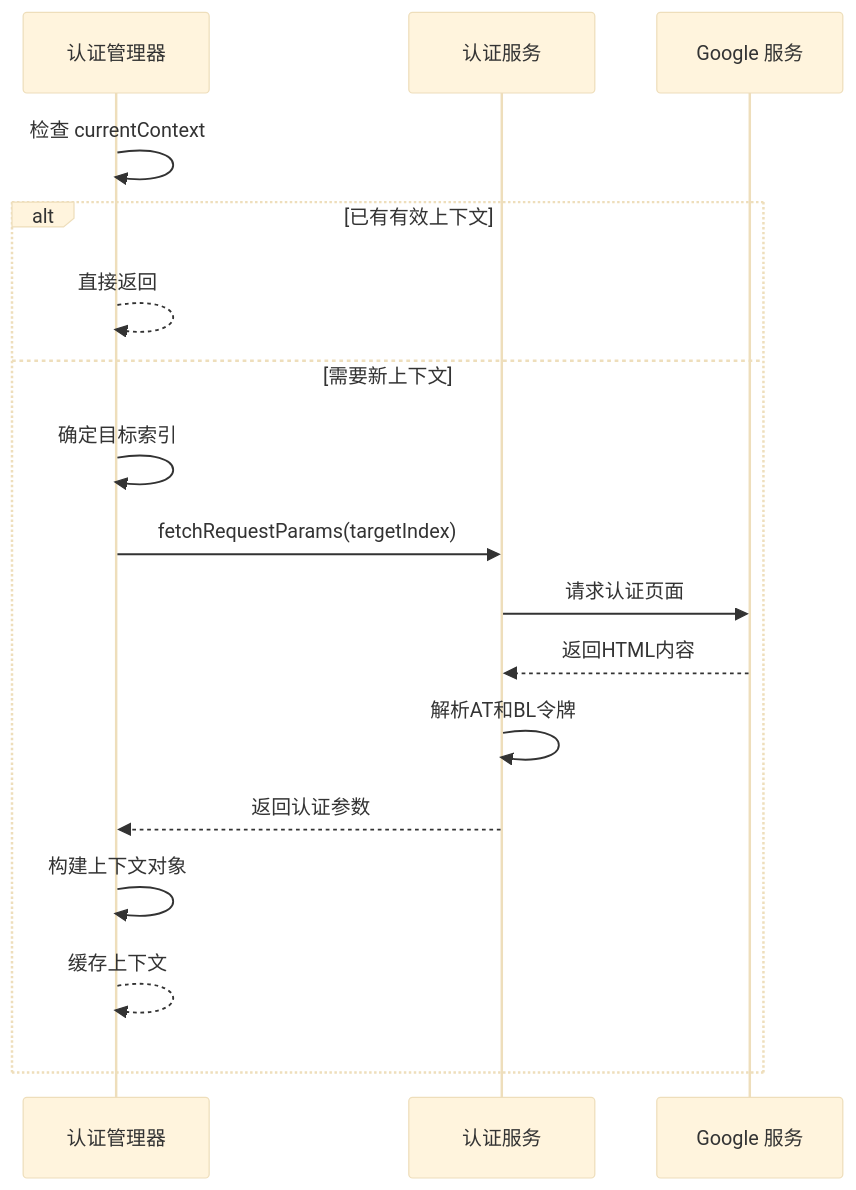
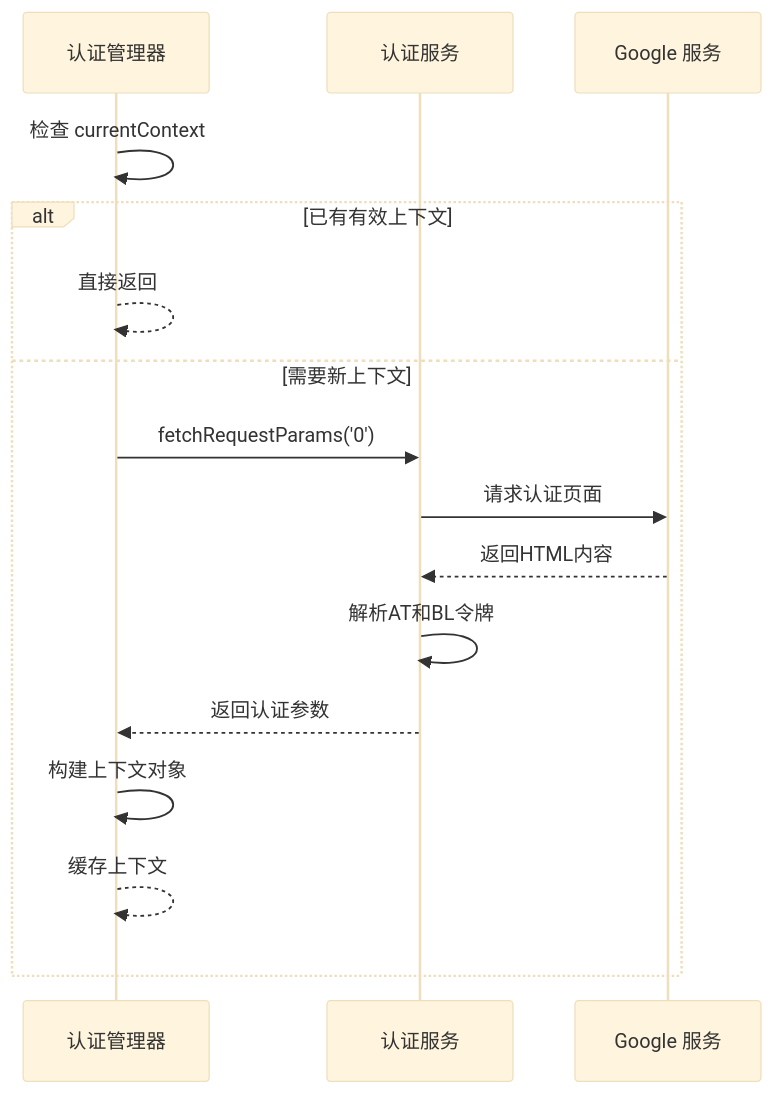
The fourth of 6 diagrams in .qoder/repowiki/zh/content/核心模块/认证管理器.md (SEVENTEEN-TAN/gemini-nexus), drawn with Mermaid (base theme) before and after one commit. The commit also changed other lines of this file and 17 other files, not shown here.

````diff
--- a/.qoder/repowiki/zh/content/核心模块/认证管理器.md
+++ b/.qoder/repowiki/zh/content/核心模块/认证管理器.md
@@ -181,19 +170,18 @@
 ```mermaid
 sequenceDiagram
 participant AM as 认证管理器
 participant AU as 认证服务
 participant GS as Google 服务
 AM->>AM : 检查 currentContext
 alt 已有有效上下文
 AM-->>AM : 直接返回
 else 需要新上下文
-AM->>AM : 确定目标索引
-AM->>AU : fetchRequestParams(targetIndex)
+AM->>AU : fetchRequestParams('0')
 AU->>GS : 请求认证页面
 GS-->>AU : 返回HTML内容
 AU->>AU : 解析AT和BL令牌
 AU-->>AM : 返回认证参数
 AM->>AM : 构建上下文对象
 AM-->>AM : 缓存上下文
 end
 ```
````
